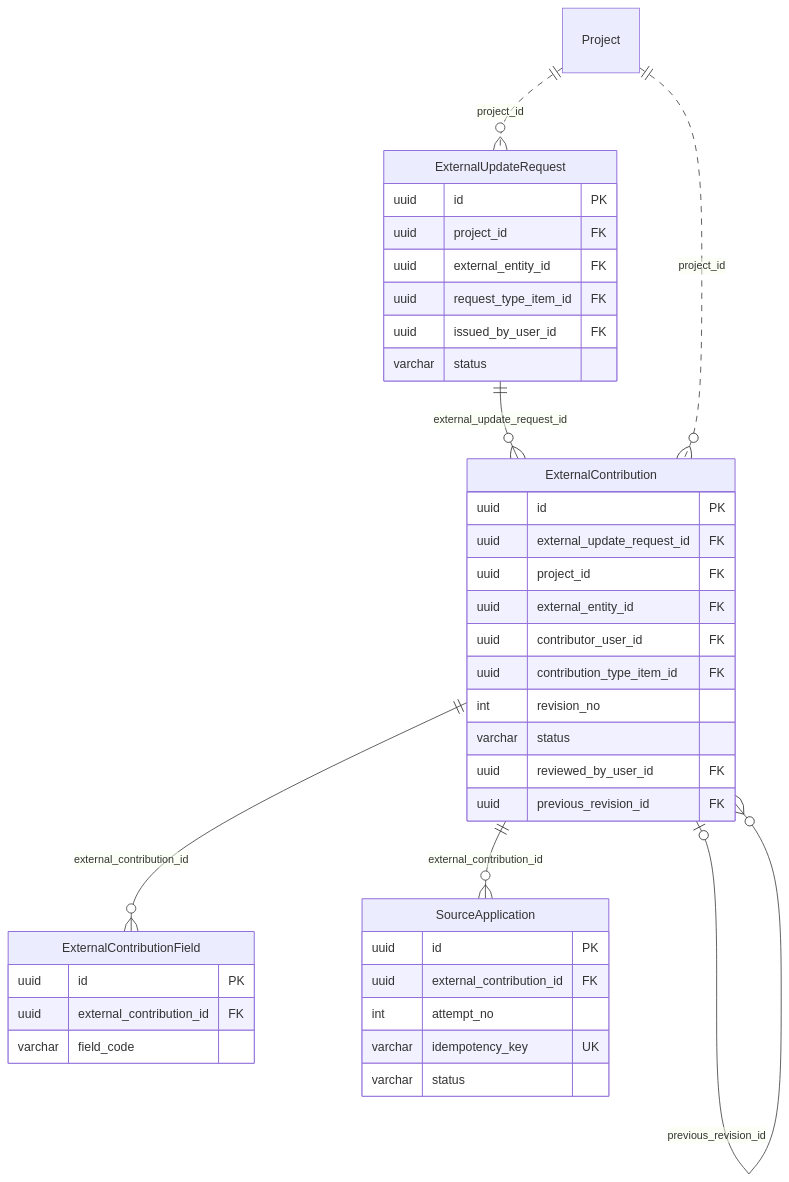
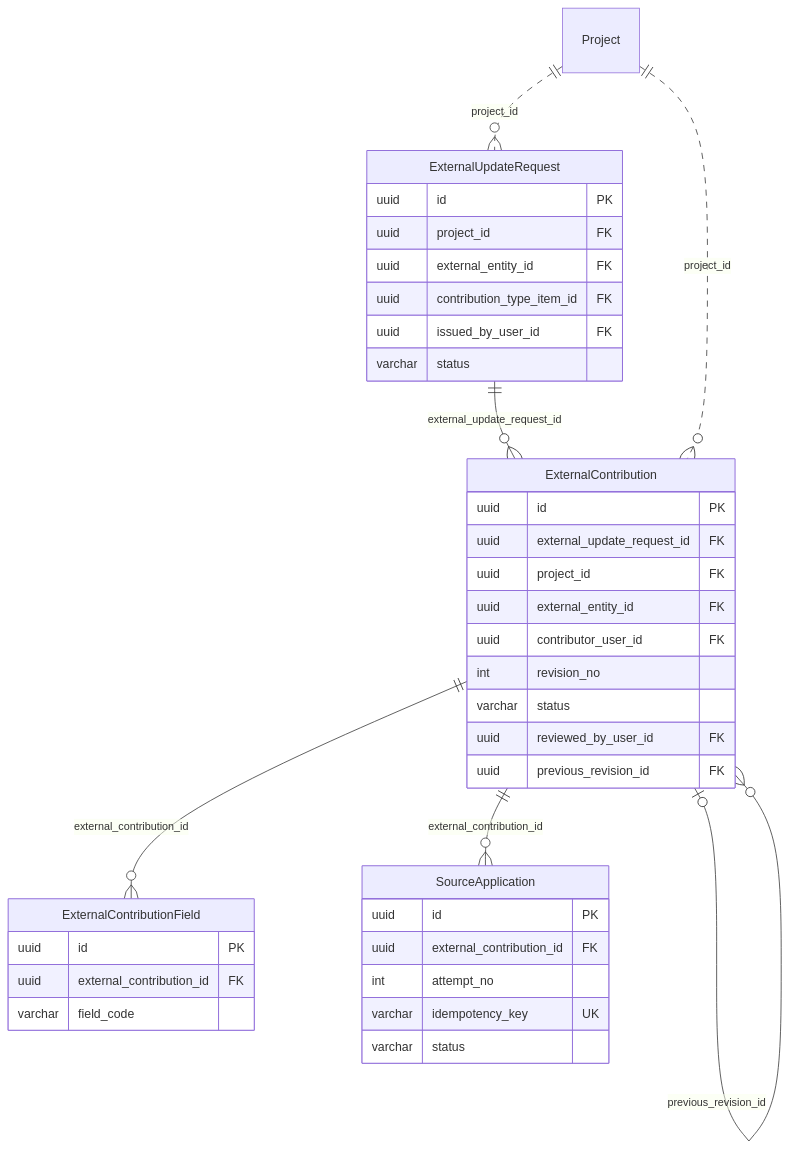
Before and after one commit to baderalhindi/ImplementW: diagram 16 of 22 in docs/architecture/erd.md, drawn with Mermaid. The commit also changed other lines of this file and 8 other files, not shown here.

````diff
--- a/docs/architecture/erd.md
+++ b/docs/architecture/erd.md
@@ -980,41 +980,40 @@
 ```mermaid
 erDiagram
     ExternalUpdateRequest {
         uuid id PK
         uuid project_id FK
         uuid external_entity_id FK
-        uuid request_type_item_id FK
+        uuid contribution_type_item_id FK
         uuid issued_by_user_id FK
         varchar status
     }
     ExternalContribution {
         uuid id PK
         uuid external_update_request_id FK
         uuid project_id FK
         uuid external_entity_id FK
         uuid contributor_user_id FK
-        uuid contribution_type_item_id FK
         int revision_no
         varchar status
         uuid reviewed_by_user_id FK
         uuid previous_revision_id FK
     }
     ExternalContributionField {
         uuid id PK
         uuid external_contribution_id FK
         varchar field_code
     }
     SourceApplication {
         uuid id PK
         uuid external_contribution_id FK
         int attempt_no
         varchar idempotency_key UK
         varchar status
     }
     Project ||..o{ ExternalUpdateRequest : "project_id"
     ExternalUpdateRequest ||--o{ ExternalContribution : "external_update_request_id"
     Project ||..o{ ExternalContribution : "project_id"
     ExternalContribution |o--o{ ExternalContribution : "previous_revision_id"
     ExternalContribution ||--o{ ExternalContributionField : "external_contribution_id"
     ExternalContribution ||--o{ SourceApplication : "external_contribution_id"
 ```
````
